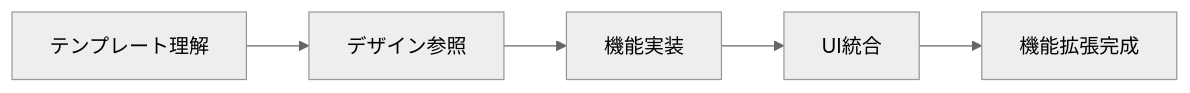
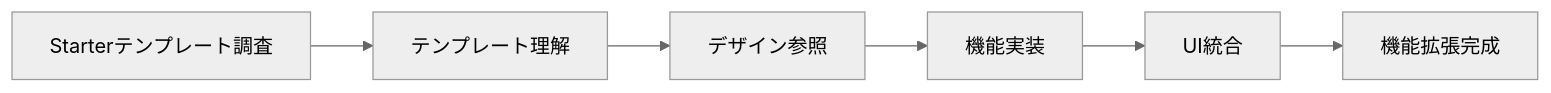
The fourth of 6 diagrams in README.md (PLUG365/DecisionFlow), drawn with Mermaid (neutral theme) before and after one commit. The commit also changed other lines of this file and 1 other file, not shown here.

````diff
--- a/README.md
+++ b/README.md
@@ -245,7 +318,8 @@
 ```mermaid
 graph LR
-    A[テンプレート理解] --> B[デザイン参照]
-    B --> C[機能実装]
-    C --> D[UI統合]
-    D --> E[機能拡張完成]
+    A[Starterテンプレート調査] --> B[テンプレート理解]
+    B --> C[デザイン参照]
+    C --> D[機能実装]
+    D --> E[UI統合]
+    E --> F[機能拡張完成]
 ```
````
